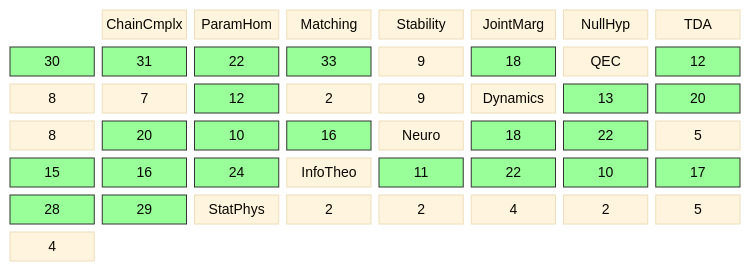
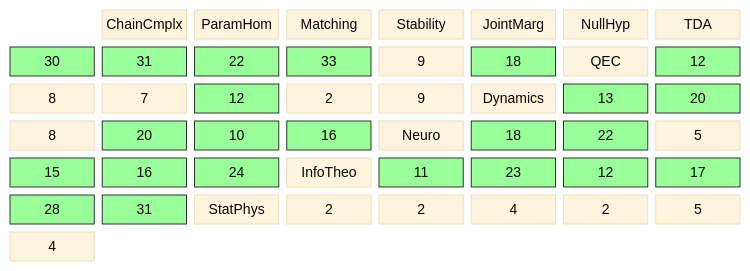
Before and after one commit to musicofhel/topoyolo: the diagram in diagrams/coverage-matrix.md, drawn with Mermaid. The commit also changed other lines of this file and 7 other files, not shown here.

````diff
--- a/diagrams/coverage-matrix.md
+++ b/diagrams/coverage-matrix.md
@@ -22,37 +22,37 @@
 ```mermaid
 %%{init: {'theme': 'base', 'themeVariables': {'fontSize': '14px'}}}%%
 block-beta
   columns 8
 
   space:1 CC["ChainCmplx"] PH["ParamHom"] MA["Matching"] ST["Stability"] JM["JointMarg"] NH["NullHyp"]
 
   TDA["TDA"] TDA_CC["30"] TDA_PH["31"] TDA_MA["22"] TDA_ST["33"] TDA_JM["9"] TDA_NH["18"]
   QEC["QEC"] QEC_CC["12"] QEC_PH["8"] QEC_MA["7"] QEC_ST["12"] QEC_JM["2"] QEC_NH["9"]
   DYN["Dynamics"] DYN_CC["13"] DYN_PH["20"] DYN_MA["8"] DYN_ST["20"] DYN_JM["10"] DYN_NH["16"]
   NEU["Neuro"] NEU_CC["18"] NEU_PH["22"] NEU_MA["5"] NEU_ST["15"] NEU_JM["16"] NEU_NH["24"]
-  IT["InfoTheo"] IT_CC["11"] IT_PH["22"] IT_MA["10"] IT_ST["17"] IT_JM["28"] IT_NH["29"]
+  IT["InfoTheo"] IT_CC["11"] IT_PH["23"] IT_MA["12"] IT_ST["17"] IT_JM["28"] IT_NH["31"]
   SP["StatPhys"] SP_CC["2"] SP_PH["2"] SP_MA["4"] SP_ST["2"] SP_JM["5"] SP_NH["4"]
   style TDA_CC fill:#9f9,stroke:#333
   style TDA_PH fill:#9f9,stroke:#333
   style TDA_MA fill:#9f9,stroke:#333
   style TDA_ST fill:#9f9,stroke:#333
   style TDA_NH fill:#9f9,stroke:#333
   style QEC_CC fill:#9f9,stroke:#333
   style QEC_ST fill:#9f9,stroke:#333
   style DYN_CC fill:#9f9,stroke:#333
   style DYN_PH fill:#9f9,stroke:#333
   style DYN_ST fill:#9f9,stroke:#333
   style DYN_JM fill:#9f9,stroke:#333
   style DYN_NH fill:#9f9,stroke:#333
   style NEU_CC fill:#9f9,stroke:#333
   style NEU_PH fill:#9f9,stroke:#333
   style NEU_ST fill:#9f9,stroke:#333
   style NEU_JM fill:#9f9,stroke:#333
   style NEU_NH fill:#9f9,stroke:#333
   style IT_CC fill:#9f9,stroke:#333
   style IT_PH fill:#9f9,stroke:#333
   style IT_MA fill:#9f9,stroke:#333
   style IT_ST fill:#9f9,stroke:#333
   style IT_JM fill:#9f9,stroke:#333
   style IT_NH fill:#9f9,stroke:#333
 ```
````
